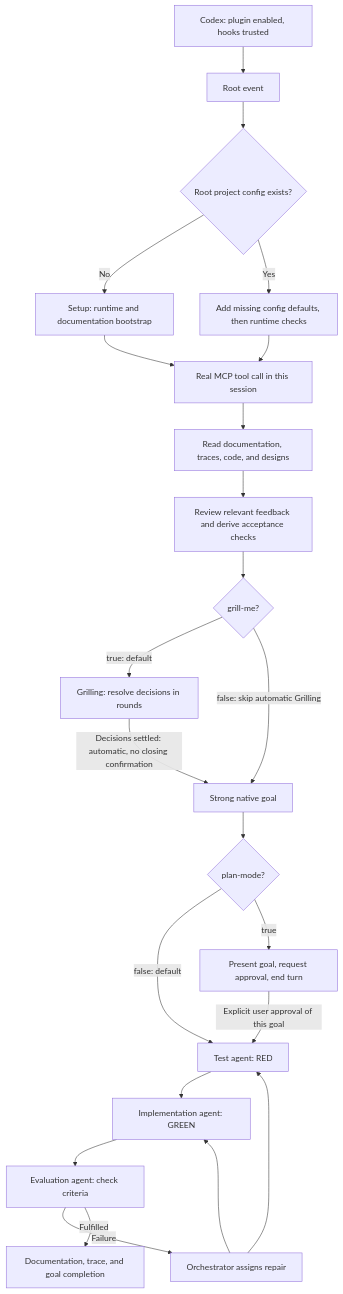
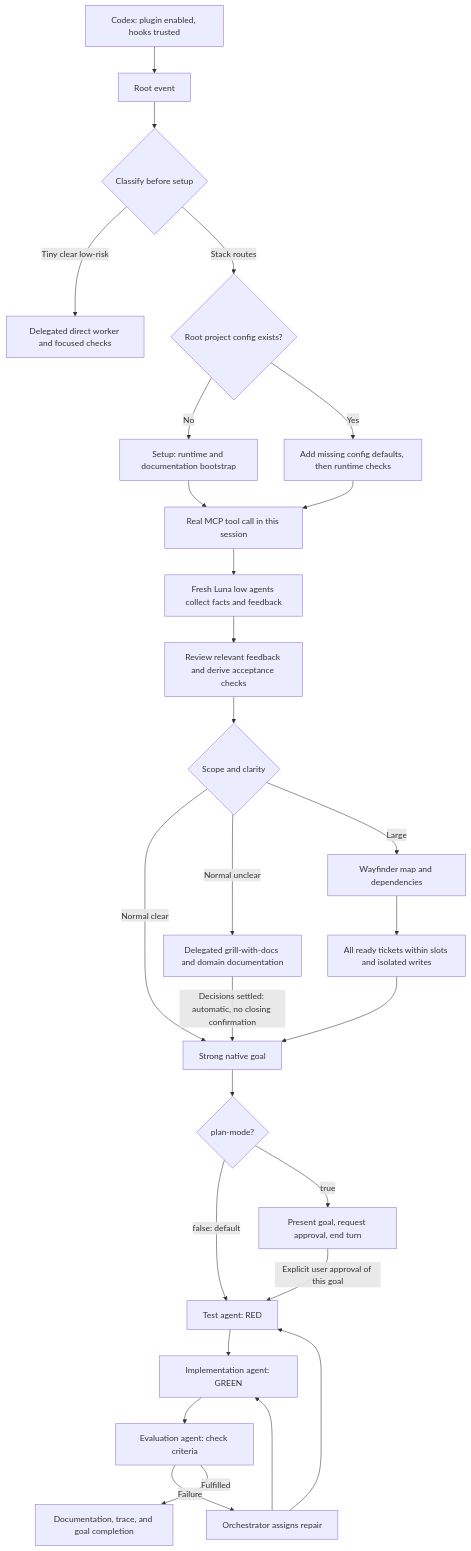
One commit to Chris-1337/KISS-Chris-Stack changed the diagram in docs/PRODUKT-ONBOARDING.md. Above: the diagram before and after it, drawn with Mermaid. The commit also changed other lines of this file and 56 other files, not shown here.

````diff
--- a/docs/PRODUKT-ONBOARDING.md
+++ b/docs/PRODUKT-ONBOARDING.md
@@ -17,25 +19,30 @@
 ```mermaid
 flowchart TD
     H[Codex: plugin enabled, hooks trusted] --> E[Root event]
-    E --> P{Root project config exists?}
+    E --> Route{Classify before setup}
+    Route -->|Tiny clear low-risk| Direct[Delegated direct worker and focused checks]
+    Route -->|Stack routes| P{Root project config exists?}
     P -->|No| S[Setup: runtime and documentation bootstrap]
     P -->|Yes| R[Add missing config defaults, then runtime checks]
     R --> M
     S --> M[Real MCP tool call in this session]
-    M --> C[Read documentation, traces, code, and designs]
+    M --> C[Fresh Luna low agents collect facts and feedback]
     C --> F[Review relevant feedback and derive acceptance checks]
-    F --> Grill{grill-me?}
-    Grill -->|true: default| Q[Grilling: resolve decisions in rounds]
-    Grill -->|false: skip automatic Grilling| G
+    F --> Kind{Scope and clarity}
+    Kind -->|Normal clear| G
+    Kind -->|Normal unclear| Q[Delegated grill-with-docs and domain documentation]
+    Kind -->|Large| Map[Wayfinder map and dependencies]
+    Map --> Tickets[All ready tickets within slots and isolated writes]
+    Tickets --> G
     Q -->|Decisions settled: automatic, no closing confirmation| G[Strong native goal]
     G --> PMode{plan-mode?}
     PMode -->|false: default| T[Test agent: RED]
     PMode -->|true| A[Present goal, request approval, end turn]
     A -->|Explicit user approval of this goal| T
     T --> I[Implementation agent: GREEN]
     I --> V[Evaluation agent: check criteria]
     V -->|Failure| O[Orchestrator assigns repair]
     O --> T
     O --> I
     V -->|Fulfilled| D[Documentation, trace, and goal completion]
 ```
````
